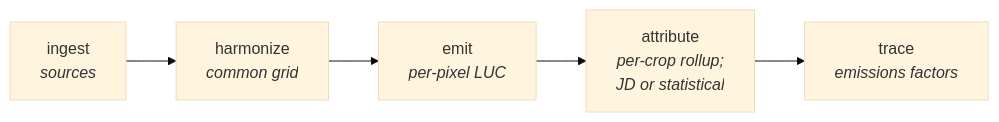
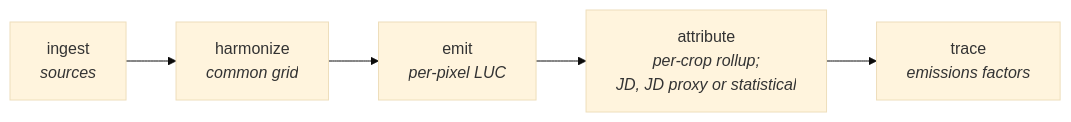
Before and after one commit to cornerstone-data/luc: the diagram in docs/architecture.md, drawn with Mermaid (base theme). The commit also changed other lines of this file and 17 other files, not shown here.

````diff
--- a/docs/architecture.md
+++ b/docs/architecture.md
@@ -35,7 +35,7 @@
 ```mermaid
 flowchart LR
   ingest["ingest<br/><i>sources</i>"] --> harmonize["harmonize<br/><i>common grid</i>"]
   harmonize --> emit["emit<br/><i>per-pixel LUC</i>"]
-  emit --> attribute["attribute<br/><i>per-crop rollup;<br/>JD or statistical</i>"]
+  emit --> attribute["attribute<br/><i>per-crop rollup;<br/>JD, JD proxy or statistical</i>"]
   attribute --> trace["trace<br/><i>emissions factors</i>"]
 ```
````
